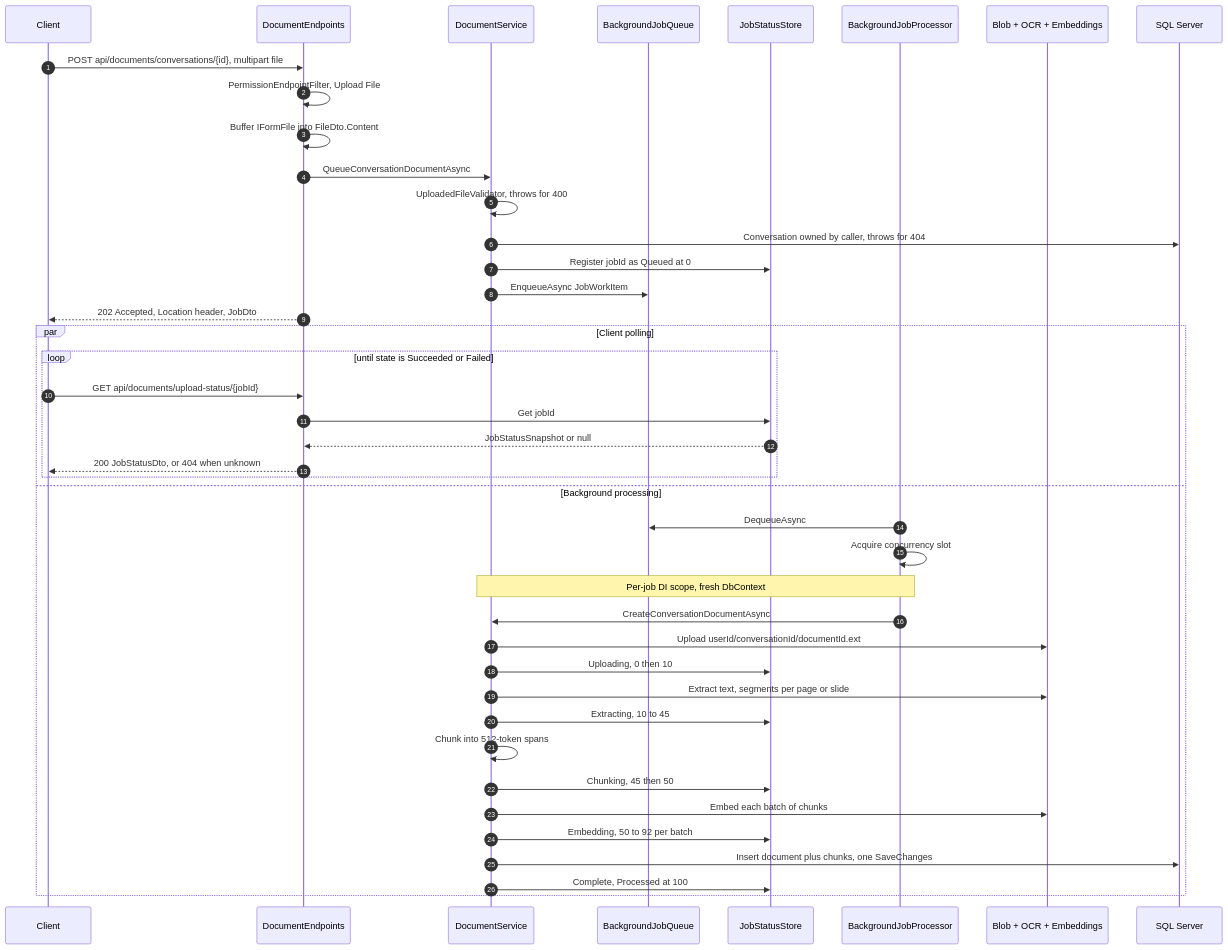
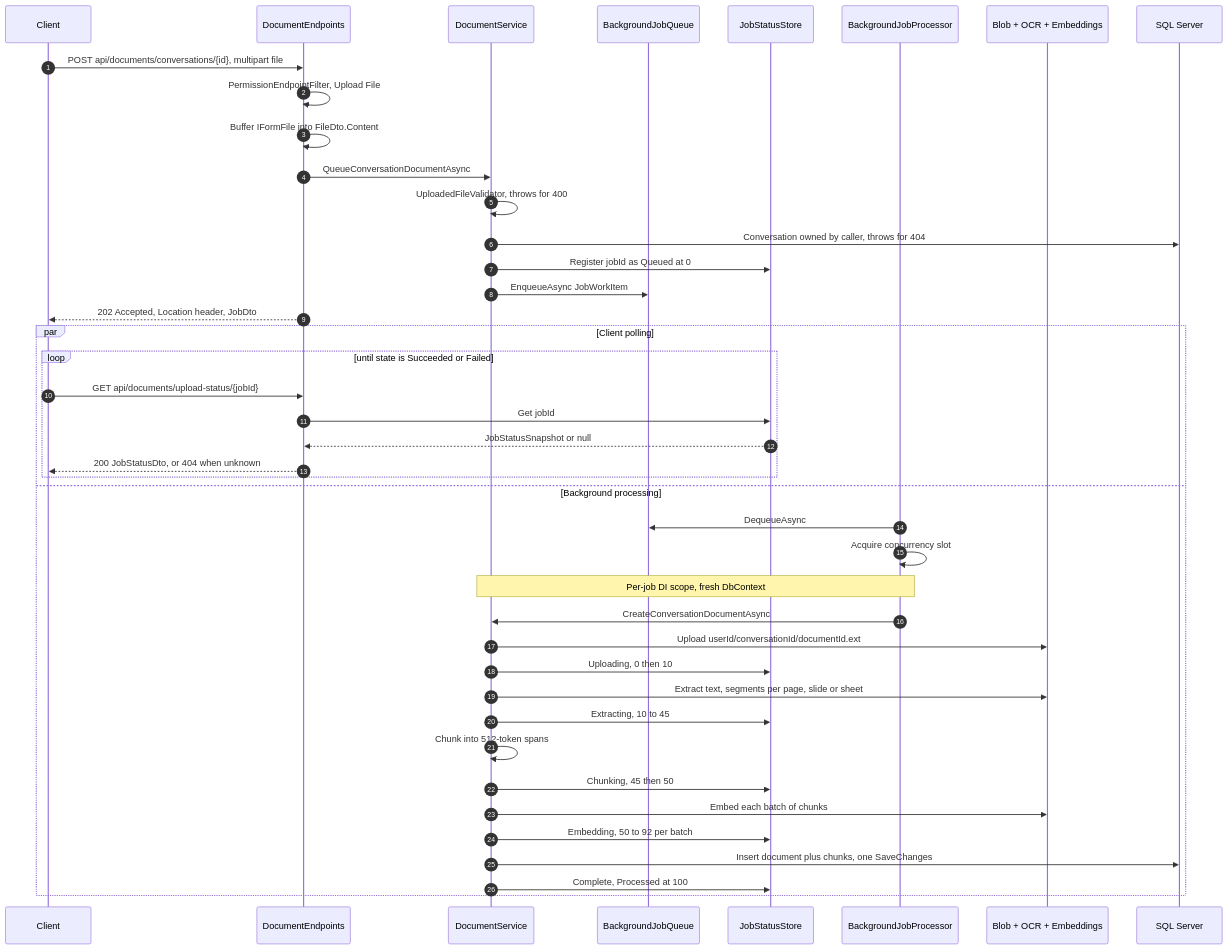
Before and after one commit to RorroRojas3/enterprise-gpt: the diagram in docs/documents/upload-workflow.md, drawn with Mermaid. The commit also changed other lines of this file and 91 other files, not shown here.

````diff
--- a/docs/documents/upload-workflow.md
+++ b/docs/documents/upload-workflow.md
@@ -32,46 +32,46 @@
 ```mermaid
 sequenceDiagram
     autonumber
     participant C as Client
     participant EP as DocumentEndpoints
     participant SVC as DocumentService
     participant Q as BackgroundJobQueue
     participant ST as JobStatusStore
     participant P as BackgroundJobProcessor
     participant AZ as Blob + OCR + Embeddings
     participant DB as SQL Server
 
     C->>EP: POST api/documents/conversations/{id}, multipart file
     EP->>EP: PermissionEndpointFilter, Upload File
     EP->>EP: Buffer IFormFile into FileDto.Content
     EP->>SVC: QueueConversationDocumentAsync
     SVC->>SVC: UploadedFileValidator, throws for 400
     SVC->>DB: Conversation owned by caller, throws for 404
     SVC->>ST: Register jobId as Queued at 0
     SVC->>Q: EnqueueAsync JobWorkItem
     EP-->>C: 202 Accepted, Location header, JobDto
 
     par Client polling
         loop until state is Succeeded or Failed
             C->>EP: GET api/documents/upload-status/{jobId}
             EP->>ST: Get jobId
             ST-->>EP: JobStatusSnapshot or null
             EP-->>C: 200 JobStatusDto, or 404 when unknown
         end
     and Background processing
         P->>Q: DequeueAsync
         P->>P: Acquire concurrency slot
         Note over P,SVC: Per-job DI scope, fresh DbContext
         P->>SVC: CreateConversationDocumentAsync
         SVC->>AZ: Upload userId/conversationId/documentId.ext
         SVC->>ST: Uploading, 0 then 10
-        SVC->>AZ: Extract text, segments per page or slide
+        SVC->>AZ: Extract text, segments per page, slide or sheet
         SVC->>ST: Extracting, 10 to 45
         SVC->>SVC: Chunk into 512-token spans
         SVC->>ST: Chunking, 45 then 50
         SVC->>AZ: Embed each batch of chunks
         SVC->>ST: Embedding, 50 to 92 per batch
         SVC->>DB: Insert document plus chunks, one SaveChanges
         SVC->>ST: Complete, Processed at 100
     end
 ```
````
